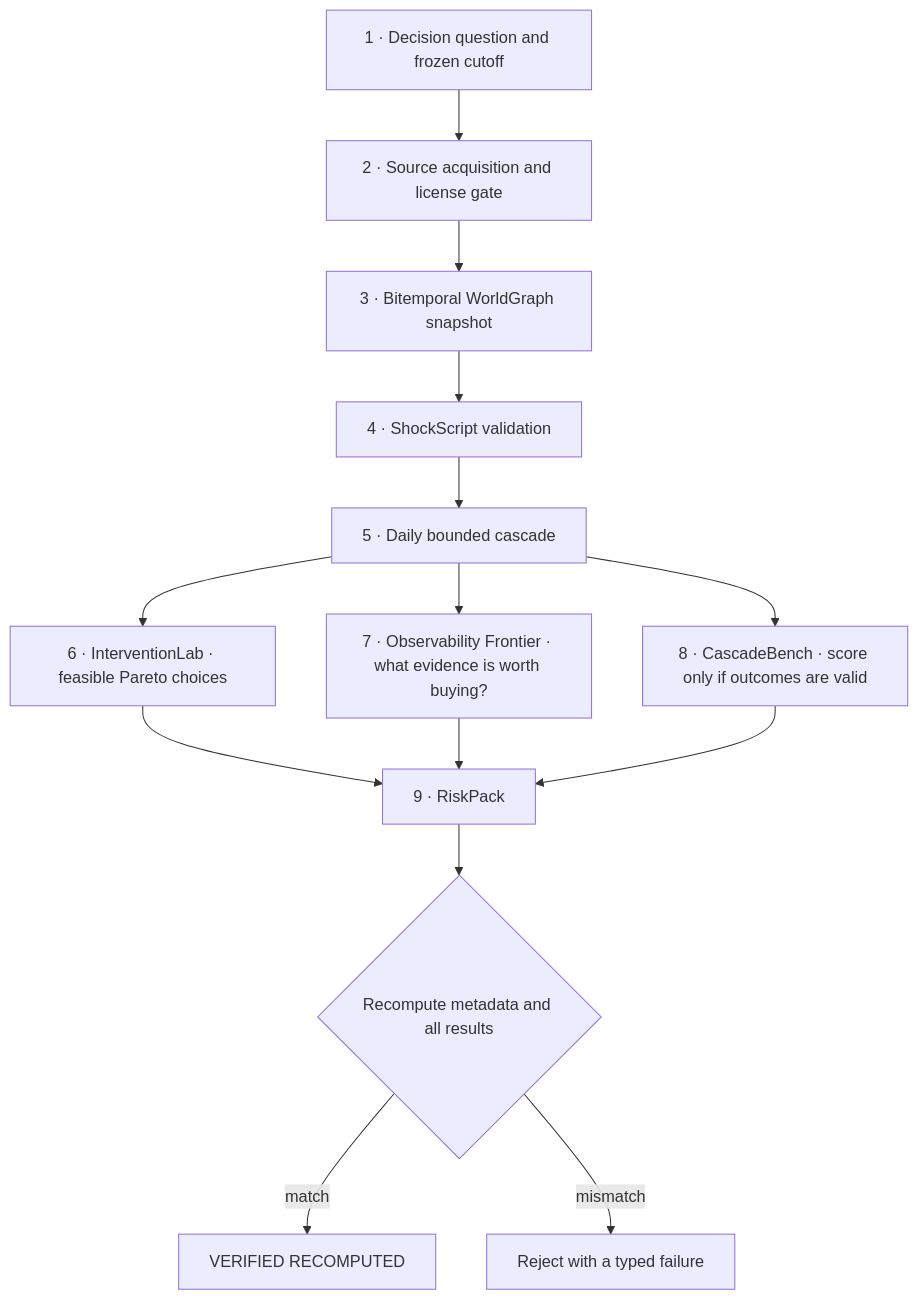
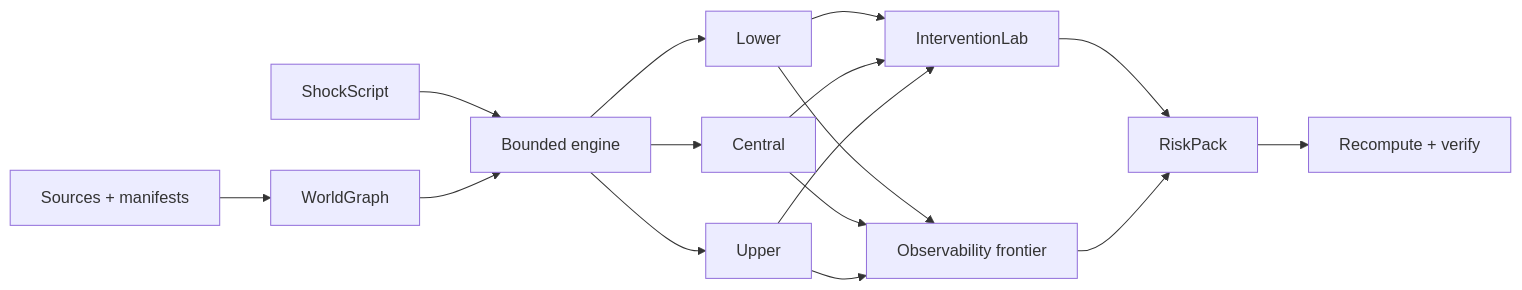
The first of 4 diagrams in README.md (limingrui679-design/CascadeLens), drawn with Mermaid before and after one commit. The commit also changed other lines of this file, not shown here.

````diff
--- a/README.md
+++ b/README.md
@@ -197,16 +75,13 @@
 ```mermaid
-flowchart TD
-    A["1 · Decision question and frozen cutoff"] --> B["2 · Source acquisition and license gate"]
-    B --> C["3 · Bitemporal WorldGraph snapshot"]
-    C --> D["4 · ShockScript validation"]
-    D --> E["5 · Daily bounded cascade"]
-    E --> F["6 · InterventionLab · feasible Pareto choices"]
-    E --> G["7 · Observability Frontier · what evidence is worth buying?"]
-    E --> H["8 · CascadeBench · score only if outcomes are valid"]
-    F --> I["9 · RiskPack"]
-    G --> I
-    H --> I
-    I --> J{"Recompute metadata and all results"}
-    J -->|"match"| K["VERIFIED RECOMPUTED"]
-    J -->|"mismatch"| L["Reject with a typed failure"]
+flowchart LR
+    A["Sources + manifests"] --> B["WorldGraph"]
+    C["ShockScript"] --> D["Bounded engine"]
+    B --> D
+    D --> E["Lower"]
+    D --> F["Central"]
+    D --> G["Upper"]
+    E & F & G --> H["InterventionLab"]
+    E & F & G --> I["Observability frontier"]
+    H & I --> J["RiskPack"]
+    J --> K["Recompute + verify"]
 ```
````
